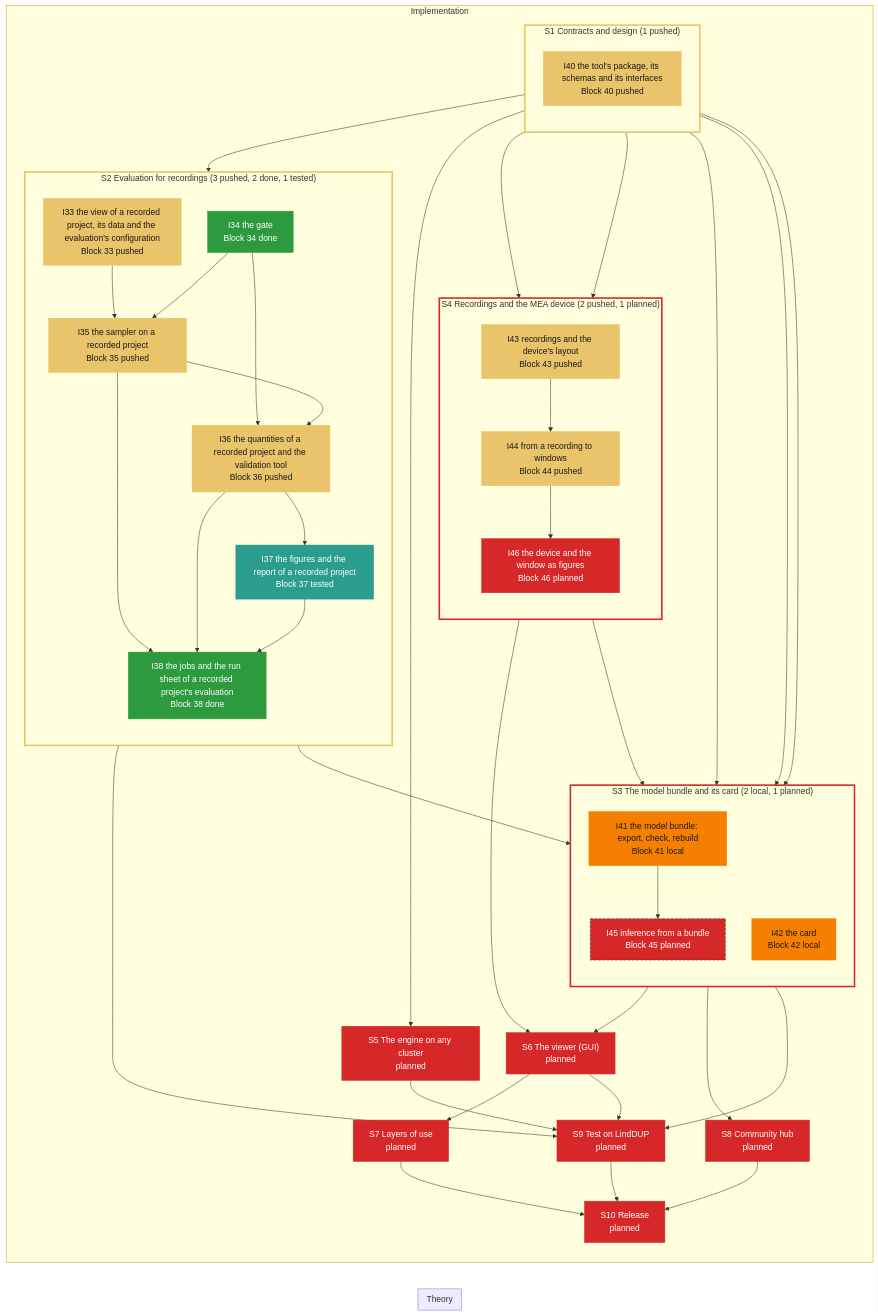
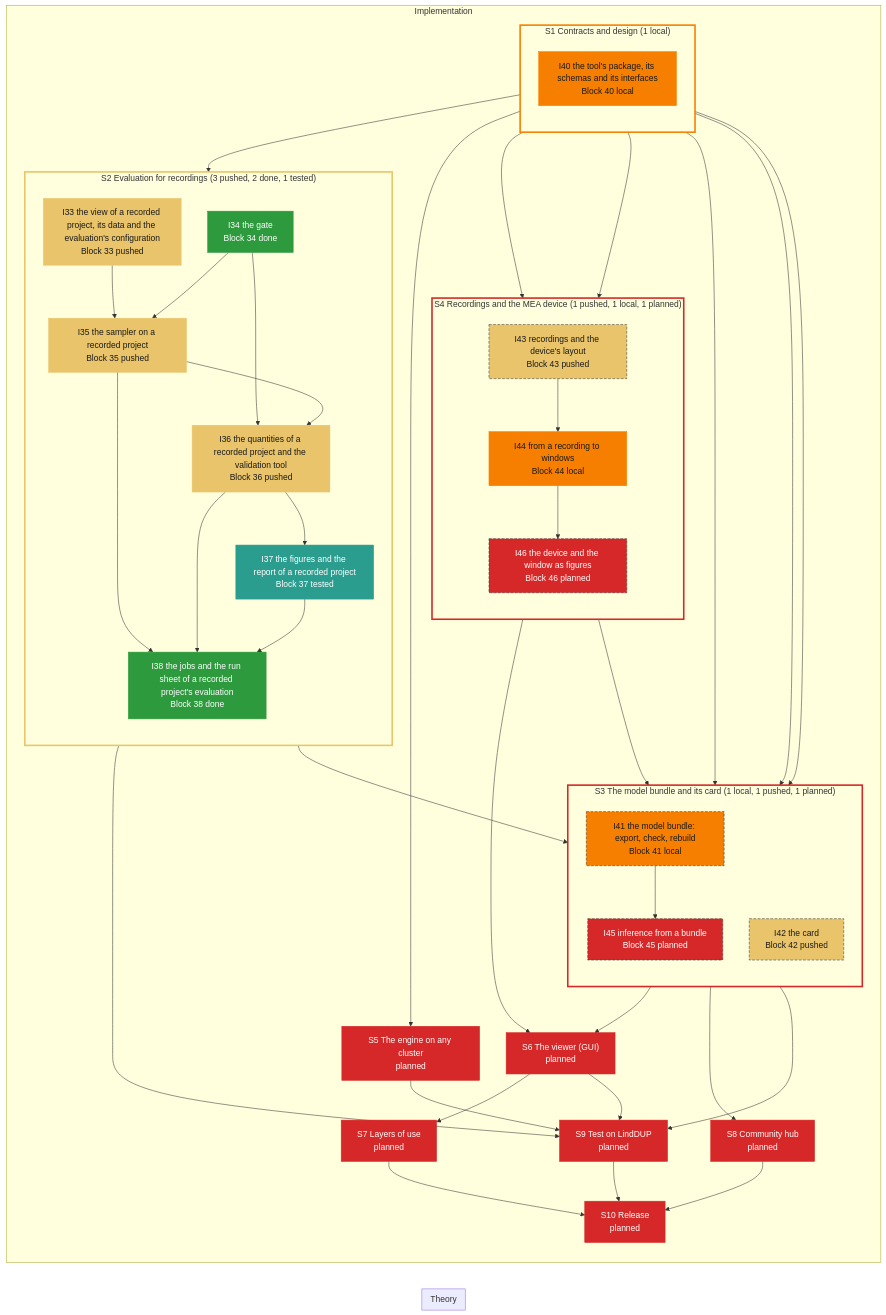
The diagram in specs/roadmap/tool.md (Leonardodm00/Simulation-Based-Inference), drawn with Mermaid before and after one commit. The commit also changed other lines of this file, not shown here.

Commit message:
roadmap: tool re-rendered at wave C's contract
Claude-Session: https://claude.ai/code/session_015FuK9waJUq8JtaZq99jETA

```diff
--- a/specs/roadmap/tool.md
+++ b/specs/roadmap/tool.md
@@ -21,9 +21,9 @@
     end
     subgraph impl["Implementation"]
         direction TB
-        subgraph grp_S1["S1 Contracts and design (1 pushed)"]
+        subgraph grp_S1["S1 Contracts and design (1 local)"]
             direction TB
-            I40["I40 the tool's package, its schemas and its interfaces<br/>Block 40 pushed"]:::pushed
+            I40["I40 the tool's package, its schemas and its interfaces<br/>Block 40 local"]:::local
         end
         subgraph grp_S2["S2 Evaluation for recordings (3 pushed, 2 done, 1 tested)"]
             direction TB
@@ -34,16 +34,16 @@
             I37["I37 the figures and the report of a recorded project<br/>Block 37 tested"]:::tested
             I38["I38 the jobs and the run sheet of a recorded project's evaluation<br/>Block 38 done"]:::done
         end
-        subgraph grp_S3["S3 The model bundle and its card (2 local, 1 planned)"]
+        subgraph grp_S3["S3 The model bundle and its card (1 local, 1 pushed, 1 planned)"]
             direction TB
             I41["I41 the model bundle: export, check, rebuild<br/>Block 41 local"]:::local
-            I42["I42 the card<br/>Block 42 local"]:::local
+            I42["I42 the card<br/>Block 42 pushed"]:::pushed
             I45["I45 inference from a bundle<br/>Block 45 planned"]:::planned
         end
-        subgraph grp_S4["S4 Recordings and the MEA device (2 pushed, 1 planned)"]
+        subgraph grp_S4["S4 Recordings and the MEA device (1 pushed, 1 local, 1 planned)"]
             direction TB
             I43["I43 recordings and the device's layout<br/>Block 43 pushed"]:::pushed
-            I44["I44 from a recording to windows<br/>Block 44 pushed"]:::pushed
+            I44["I44 from a recording to windows<br/>Block 44 local"]:::local
             I46["I46 the device and the window as figures<br/>Block 46 planned"]:::planned
         end
         S5["S5 The engine on any cluster<br/>planned"]:::planned
@@ -84,8 +84,8 @@
         I44 --> I45
         I44 --> I46
     end
-    class I45 blocked
-    style grp_S1 stroke:#e9c46a,stroke-width:3px
+    class I41,I42,I43,I45,I46 blocked
+    style grp_S1 stroke:#f77f00,stroke-width:3px
     style grp_S2 stroke:#e9c46a,stroke-width:3px
     style grp_S3 stroke:#d62828,stroke-width:3px
     style grp_S4 stroke:#d62828,stroke-width:3px
```
